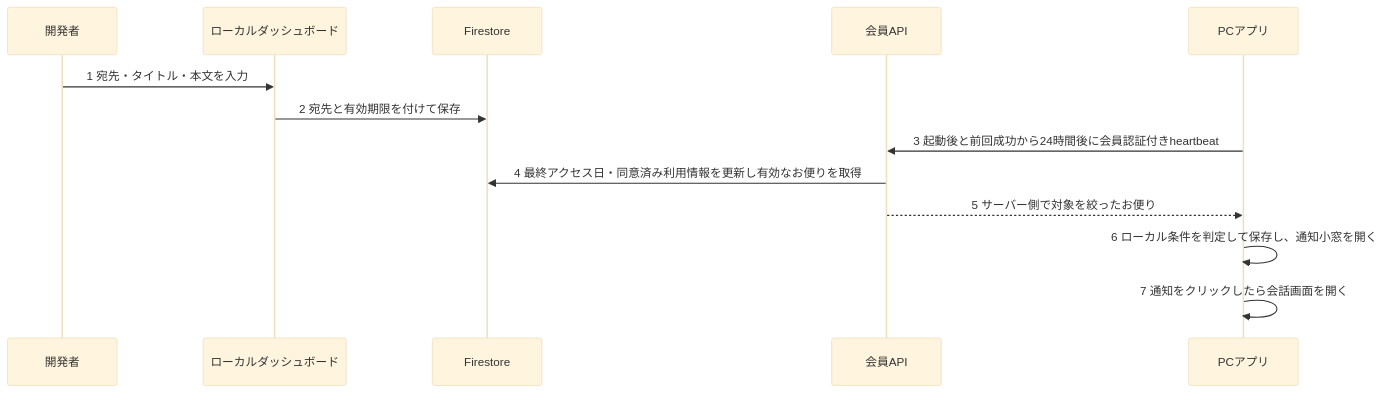
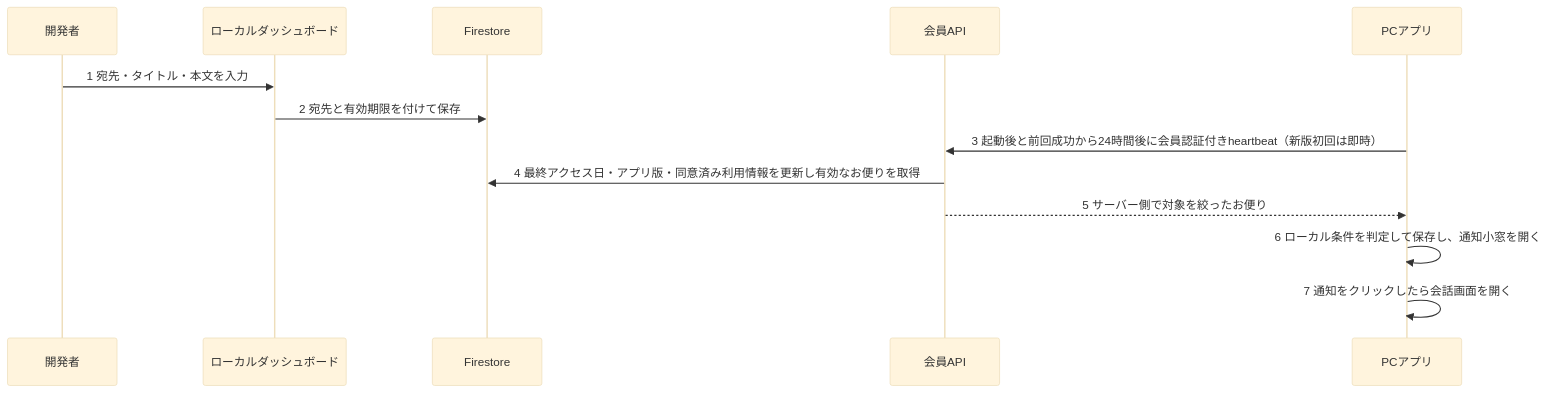
Before and after one commit to ore-no-fusen/ore-no-fusen: the third of 3 diagrams in docs-v2/009_MEMBERSHIP.md, drawn with Mermaid (base theme). The commit also changed other lines of this file and 8 other files, not shown here.

````diff
--- a/docs-v2/009_MEMBERSHIP.md
+++ b/docs-v2/009_MEMBERSHIP.md
@@ -87,15 +87,15 @@
 ```mermaid
 sequenceDiagram
     participant Dev as 開発者
     participant Dash as ローカルダッシュボード
     participant DB as Firestore
     participant API as 会員API
     participant PC as PCアプリ
     Dev->>Dash: 1 宛先・タイトル・本文を入力
     Dash->>DB: 2 宛先と有効期限を付けて保存
-    PC->>API: 3 起動後と前回成功から24時間後に会員認証付きheartbeat
-    API->>DB: 4 最終アクセス日・同意済み利用情報を更新し有効なお便りを取得
+    PC->>API: 3 起動後と前回成功から24時間後に会員認証付きheartbeat（新版初回は即時）
+    API->>DB: 4 最終アクセス日・アプリ版・同意済み利用情報を更新し有効なお便りを取得
     API-->>PC: 5 サーバー側で対象を絞ったお便り
     PC->>PC: 6 ローカル条件を判定して保存し、通知小窓を開く
     PC->>PC: 7 通知をクリックしたら会話画面を開く
 ```
````
